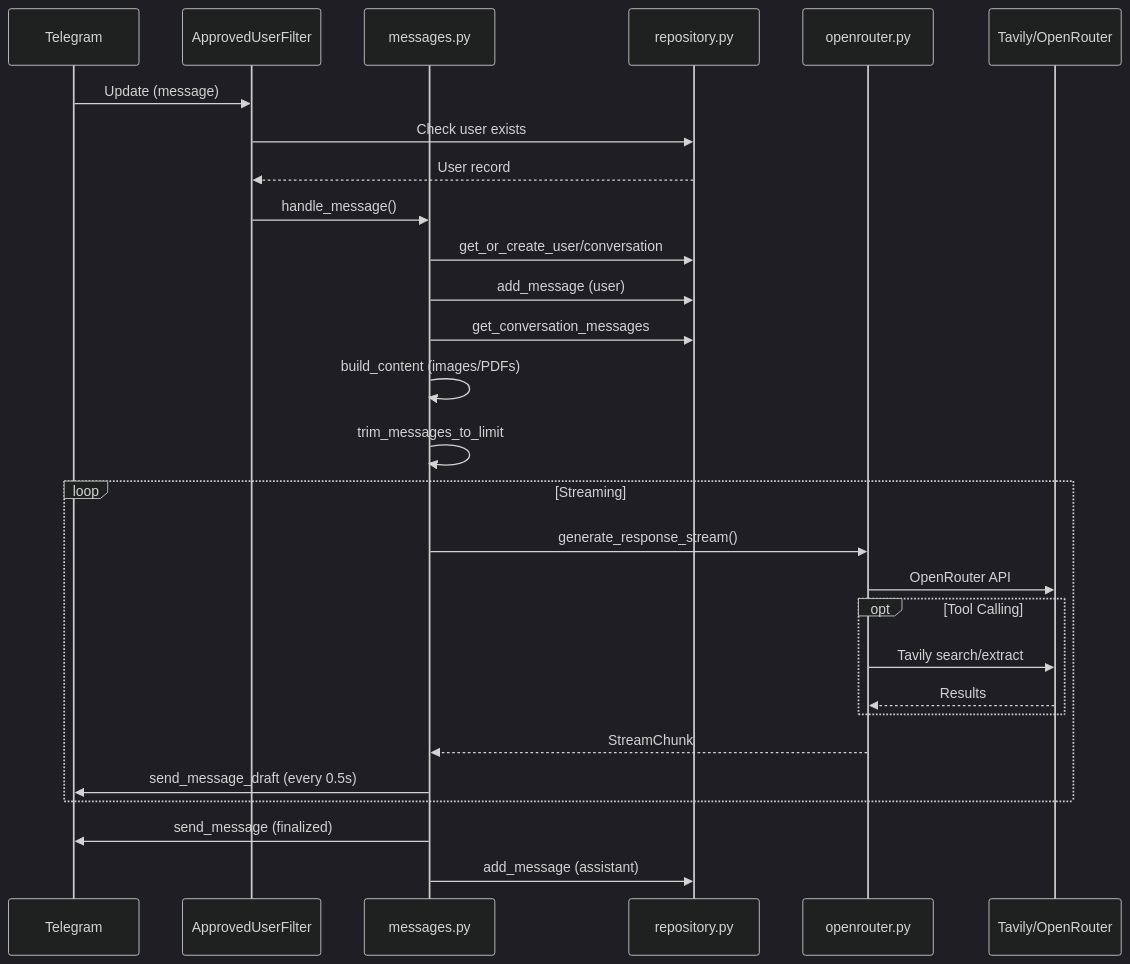
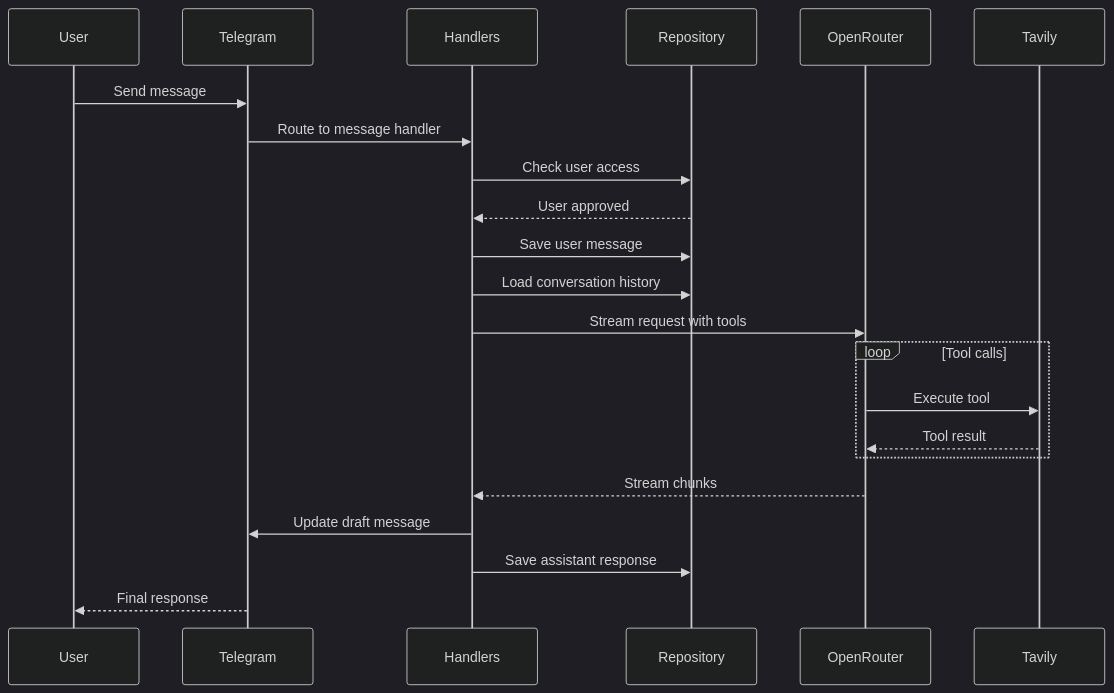
The second of 2 diagrams in docs/CODEBASE_MAP.md (karilaa-dev/ai-tg-bot), drawn with Mermaid (dark theme) before and after one commit. The commit also changed other lines of this file and 1 other file, not shown here.

````diff
--- a/docs/CODEBASE_MAP.md
+++ b/docs/CODEBASE_MAP.md
@@ -443,35 +264,27 @@
 ```mermaid
 sequenceDiagram
-    participant TG as Telegram
-    participant Filter as ApprovedUserFilter
-    participant Msg as messages.py
-    participant DB as repository.py
-    participant AI as openrouter.py
-    participant Ext as Tavily/OpenRouter
+    participant User
+    participant Telegram
+    participant Handlers
+    participant Repository
+    participant OpenRouter
+    participant Tavily
 
-    TG->>Filter: Update (message)
-    Filter->>DB: Check user exists
-    DB-->>Filter: User record
-    Filter->>Msg: handle_message()
-    Msg->>DB: get_or_create_user/conversation
-    Msg->>DB: add_message (user)
-    Msg->>DB: get_conversation_messages
-    Msg->>Msg: build_content (images/PDFs)
-    Msg->>Msg: trim_messages_to_limit
+    User->>Telegram: Send message
+    Telegram->>Handlers: Route to message handler
+    Handlers->>Repository: Check user access
+    Repository-->>Handlers: User approved
+    Handlers->>Repository: Save user message
+    Handlers->>Repository: Load conversation history
+    Handlers->>OpenRouter: Stream request with tools
 
-    loop Streaming
-        Msg->>AI: generate_response_stream()
-        AI->>Ext: OpenRouter API
-
-        opt Tool Calling
-            AI->>Ext: Tavily search/extract
-            Ext-->>AI: Results
-        end
-
-        AI-->>Msg: StreamChunk
-        Msg->>TG: send_message_draft (every 0.5s)
+    loop Tool calls
+        OpenRouter->>Tavily: Execute tool
+        Tavily-->>OpenRouter: Tool result
     end
 
-    Msg->>TG: send_message (finalized)
-    Msg->>DB: add_message (assistant)
+    OpenRouter-->>Handlers: Stream chunks
+    Handlers->>Telegram: Update draft message
+    Handlers->>Repository: Save assistant response
+    Telegram-->>User: Final response
 ```
````
